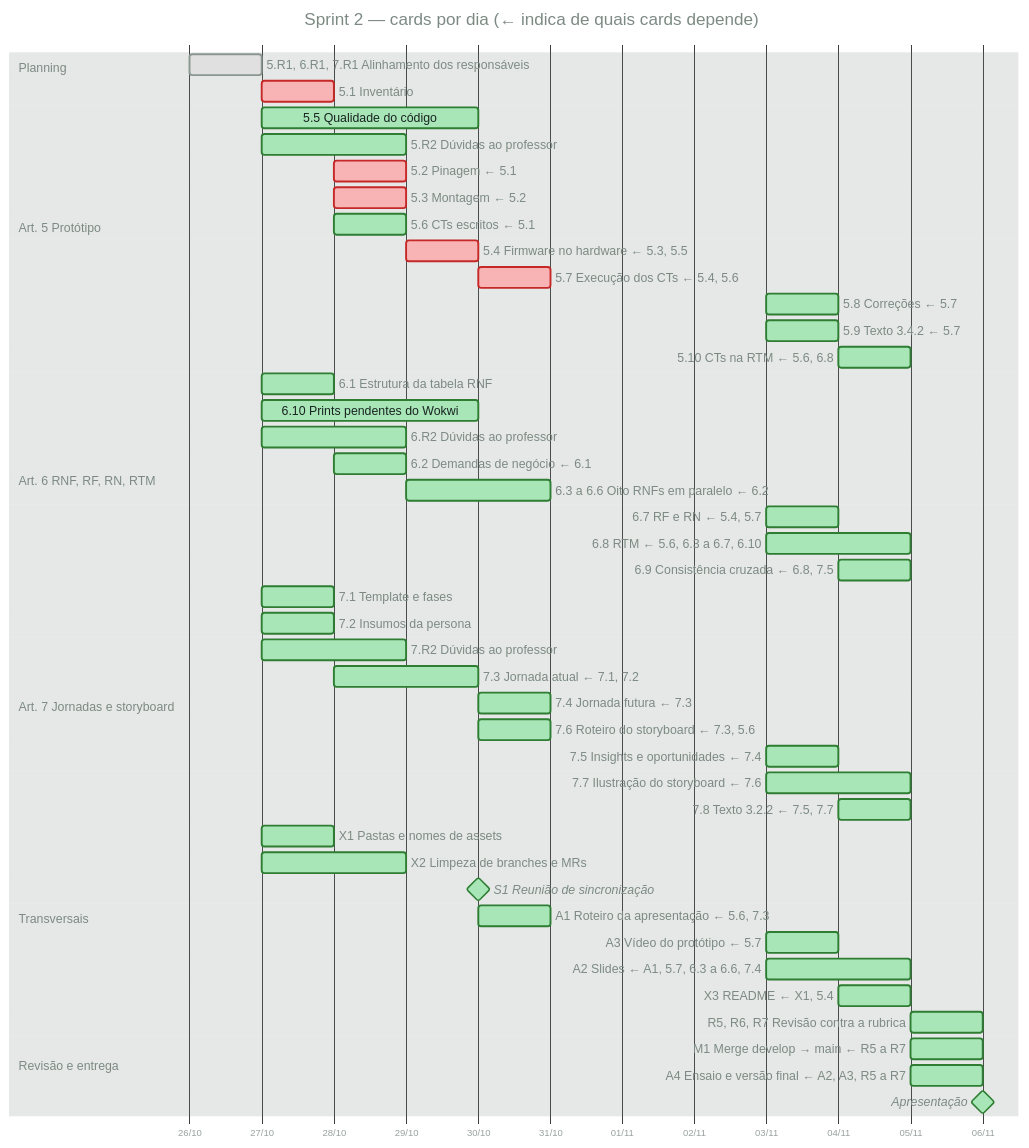
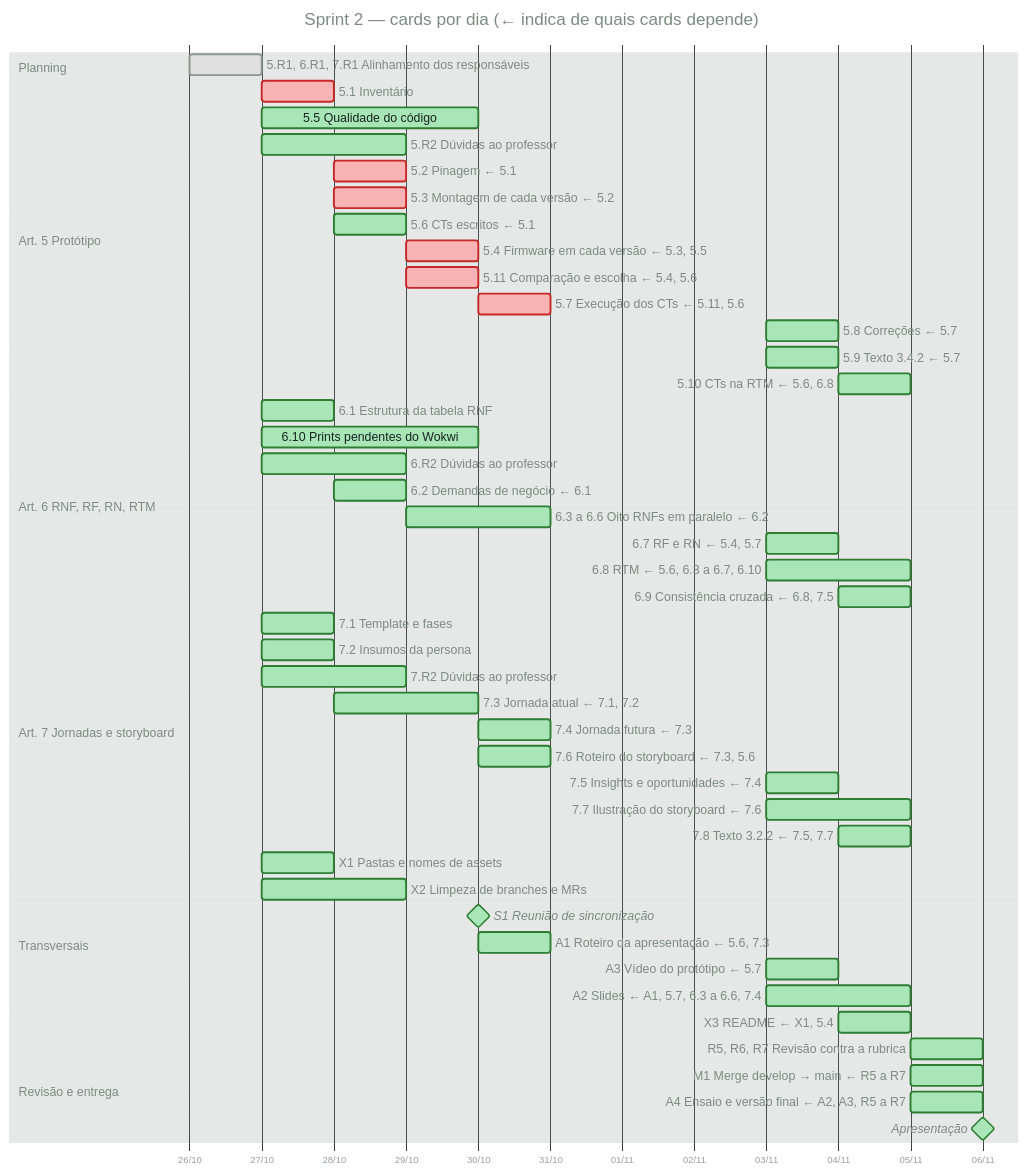
Before and after one commit to pablo-marchina/cerradinho_bio: the diagram in document/outros/Organização de Sprints/SP2/cronograma-dias-sp2.mmd, drawn with Mermaid. The commit also changed 4 other files, not shown here.

```diff
--- a/document/outros/Organização de Sprints/SP2/cronograma-dias-sp2.mmd
+++ b/document/outros/Organização de Sprints/SP2/cronograma-dias-sp2.mmd
@@ -1,59 +1,60 @@
 %%{init: {"theme": "base", "themeVariables": {"fontFamily": "Segoe UI, Arial, sans-serif", "fontSize": "13px", "sectionBkgColor": "#7D8A84", "altSectionBkgColor": "#7D8A84", "sectionBkgColor2": "#7D8A84", "excludeBkgColor": "#E3E7E4", "gridColor": "#D5DBD6", "taskBkgColor": "#A8E6B8", "taskBorderColor": "#2E7D32", "taskTextColor": "#182420", "taskTextLightColor": "#182420", "taskTextDarkColor": "#182420", "taskTextOutsideColor": "#7D8A84", "taskTextClickableColor": "#182420", "critBkgColor": "#F8B4B4", "critBorderColor": "#C62828", "doneTaskBkgColor": "#E0E0E0", "doneTaskBorderColor": "#8A968F", "activeTaskBkgColor": "#A8E6B8", "activeTaskBorderColor": "#1F5C52", "titleColor": "#7D8A84", "textColor": "#7D8A84", "todayLineColor": "#9B3A34"}, "gantt": {"barHeight": 22, "barGap": 6, "topPadding": 56, "leftPadding": 190, "gridLineStartPadding": 40, "fontSize": 13, "sectionFontSize": 13, "numberSectionStyles": 4}}}%%
 gantt
     title Sprint 2 — cards por dia (← indica de quais cards depende)
     dateFormat YYYY-MM-DD
     axisFormat %d/%m
     tickInterval 1day
     todayMarker off
 
     section Planning
     5.R1, 6.R1, 7.R1 Alinhamento dos responsáveis :done, r1, 2026-10-26, 1d
 
     section Art. 5 Protótipo
     5.1 Inventário                          :crit, a51, 2026-10-27, 1d
     5.5 Qualidade do código                 :a55, 2026-10-27, 3d
     5.R2 Dúvidas ao professor               :a5r2, 2026-10-27, 2d
     5.2 Pinagem ← 5.1                       :crit, a52, 2026-10-28, 1d
-    5.3 Montagem ← 5.2                      :crit, a53, 2026-10-28, 1d
+    5.3 Montagem de cada versão ← 5.2       :crit, a53, 2026-10-28, 1d
     5.6 CTs escritos ← 5.1                  :a56, 2026-10-28, 1d
-    5.4 Firmware no hardware ← 5.3, 5.5     :crit, a54, 2026-10-29, 1d
-    5.7 Execução dos CTs ← 5.4, 5.6         :crit, a57, 2026-10-30, 1d
+    5.4 Firmware em cada versão ← 5.3, 5.5  :crit, a54, 2026-10-29, 1d
+    5.11 Comparação e escolha ← 5.4, 5.6    :crit, a511, 2026-10-29, 1d
+    5.7 Execução dos CTs ← 5.11, 5.6        :crit, a57, 2026-10-30, 1d
     5.8 Correções ← 5.7                     :a58, 2026-11-03, 1d
     5.9 Texto 3.4.2 ← 5.7                   :a59, 2026-11-03, 1d
     5.10 CTs na RTM ← 5.6, 6.8              :a510, 2026-11-04, 1d
 
     section Art. 6 RNF, RF, RN, RTM
     6.1 Estrutura da tabela RNF             :a61, 2026-10-27, 1d
     6.10 Prints pendentes do Wokwi          :a610, 2026-10-27, 3d
     6.R2 Dúvidas ao professor               :a6r2, 2026-10-27, 2d
     6.2 Demandas de negócio ← 6.1           :a62, 2026-10-28, 1d
     6.3 a 6.6 Oito RNFs em paralelo ← 6.2   :a63, 2026-10-29, 2d
     6.7 RF e RN ← 5.4, 5.7                  :a67, 2026-11-03, 1d
     6.8 RTM ← 5.6, 6.3 a 6.7, 6.10          :a68, 2026-11-03, 2d
     6.9 Consistência cruzada ← 6.8, 7.5     :a69, 2026-11-04, 1d
 
     section Art. 7 Jornadas e storyboard
     7.1 Template e fases                    :a71, 2026-10-27, 1d
     7.2 Insumos da persona                  :a72, 2026-10-27, 1d
     7.R2 Dúvidas ao professor               :a7r2, 2026-10-27, 2d
     7.3 Jornada atual ← 7.1, 7.2            :a73, 2026-10-28, 2d
     7.4 Jornada futura ← 7.3                :a74, 2026-10-30, 1d
     7.6 Roteiro do storyboard ← 7.3, 5.6    :a76, 2026-10-30, 1d
     7.5 Insights e oportunidades ← 7.4      :a75, 2026-11-03, 1d
     7.7 Ilustração do storyboard ← 7.6      :a77, 2026-11-03, 2d
     7.8 Texto 3.2.2 ← 7.5, 7.7              :a78, 2026-11-04, 1d
 
     section Transversais
     X1 Pastas e nomes de assets             :x1, 2026-10-27, 1d
     X2 Limpeza de branches e MRs            :x2, 2026-10-27, 2d
     S1 Reunião de sincronização             :milestone, s1, 2026-10-30, 0d
     A1 Roteiro da apresentação ← 5.6, 7.3   :ap1, 2026-10-30, 1d
     A3 Vídeo do protótipo ← 5.7             :ap3, 2026-11-03, 1d
     A2 Slides ← A1, 5.7, 6.3 a 6.6, 7.4     :ap2, 2026-11-03, 2d
     X3 README ← X1, 5.4                     :x3, 2026-11-04, 1d
 
     section Revisão e entrega
     R5, R6, R7 Revisão contra a rubrica     :rv, 2026-11-05, 1d
     M1 Merge develop → main ← R5 a R7       :m1, 2026-11-05, 1d
     A4 Ensaio e versão final ← A2, A3, R5 a R7 :ap4, 2026-11-05, 1d
     Apresentação                            :milestone, apr, 2026-11-06, 0d
```
